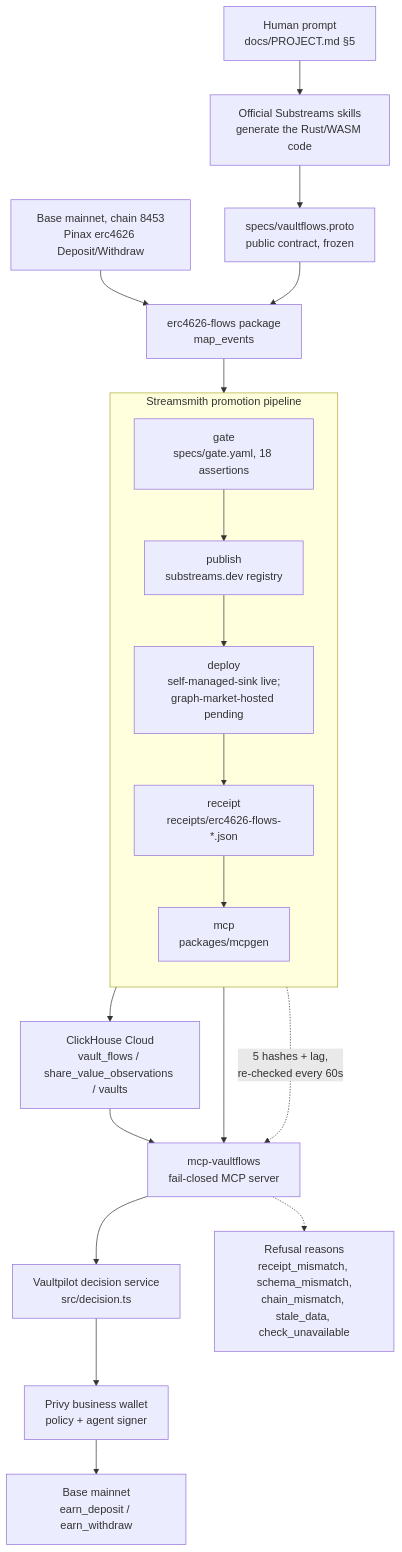
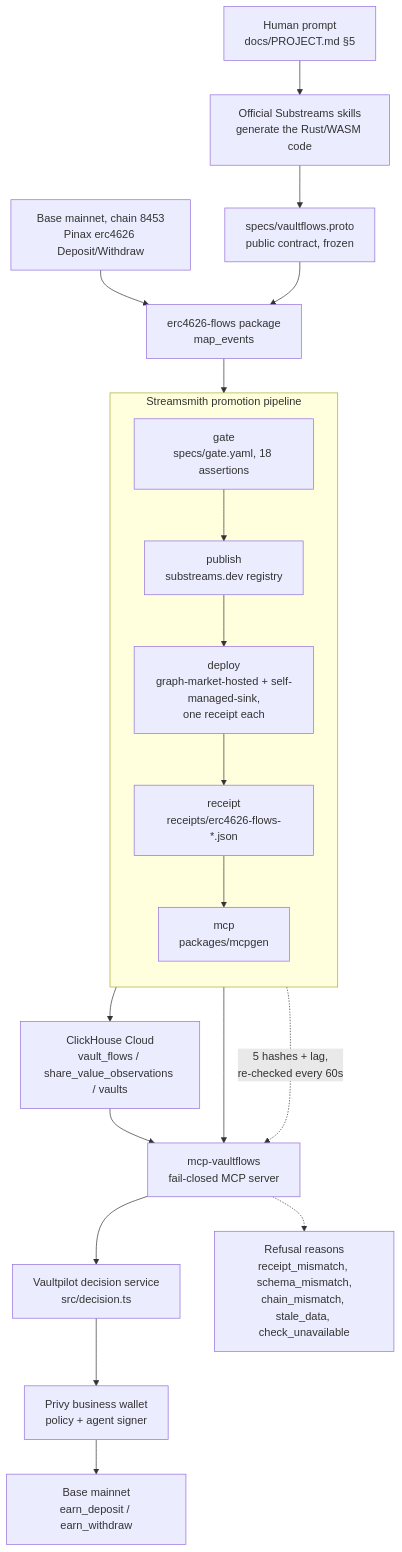
The diagram in README.md (pavvann/streamsmith), drawn with Mermaid before and after one commit. The commit also changed other lines of this file and 9 other files, not shown here.

````diff
--- a/README.md
+++ b/README.md
@@ -22,29 +35,29 @@
 ```mermaid
 flowchart TD
     PROMPT["Human prompt<br/>docs/PROJECT.md §5"] --> SKILLS["Official Substreams skills<br/>generate the Rust/WASM code"]
     SKILLS --> CONTRACT["specs/vaultflows.proto<br/>public contract, frozen"]
     CHAINSRC["Base mainnet, chain 8453<br/>Pinax erc4626 Deposit/Withdraw"] --> PKG["erc4626-flows package<br/>map_events"]
     CONTRACT --> PKG
 
     subgraph PIPE["Streamsmith promotion pipeline"]
         direction TB
         GATE["gate<br/>specs/gate.yaml, 18 assertions"]
         PUBLISH["publish<br/>substreams.dev registry"]
-        DEPLOY["deploy<br/>self-managed-sink live;<br/>graph-market-hosted pending"]
+        DEPLOY["deploy<br/>graph-market-hosted + self-managed-sink,<br/>one receipt each"]
         RECEIPT["receipt<br/>receipts/erc4626-flows-*.json"]
         MCPGEN["mcp<br/>packages/mcpgen"]
         GATE --> PUBLISH --> DEPLOY --> RECEIPT --> MCPGEN
     end
 
     PKG --> GATE
     DEPLOY --> CH["ClickHouse Cloud<br/>vault_flows / share_value_observations / vaults"]
     CH --> MCP["mcp-vaultflows<br/>fail-closed MCP server"]
     MCPGEN --> MCP
     RECEIPT -.->|"5 hashes + lag,<br/>re-checked every 60s"| MCP
 
     MCP --> DECISION["Vaultpilot decision service<br/>src/decision.ts"]
     DECISION --> PRIVY["Privy business wallet<br/>policy + agent signer"]
     PRIVY --> BASETX["Base mainnet<br/>earn_deposit / earn_withdraw"]
 
     MCP -.-> REFUSE["Refusal reasons<br/>receipt_mismatch, schema_mismatch,<br/>chain_mismatch, stale_data, check_unavailable"]
 ```
````
